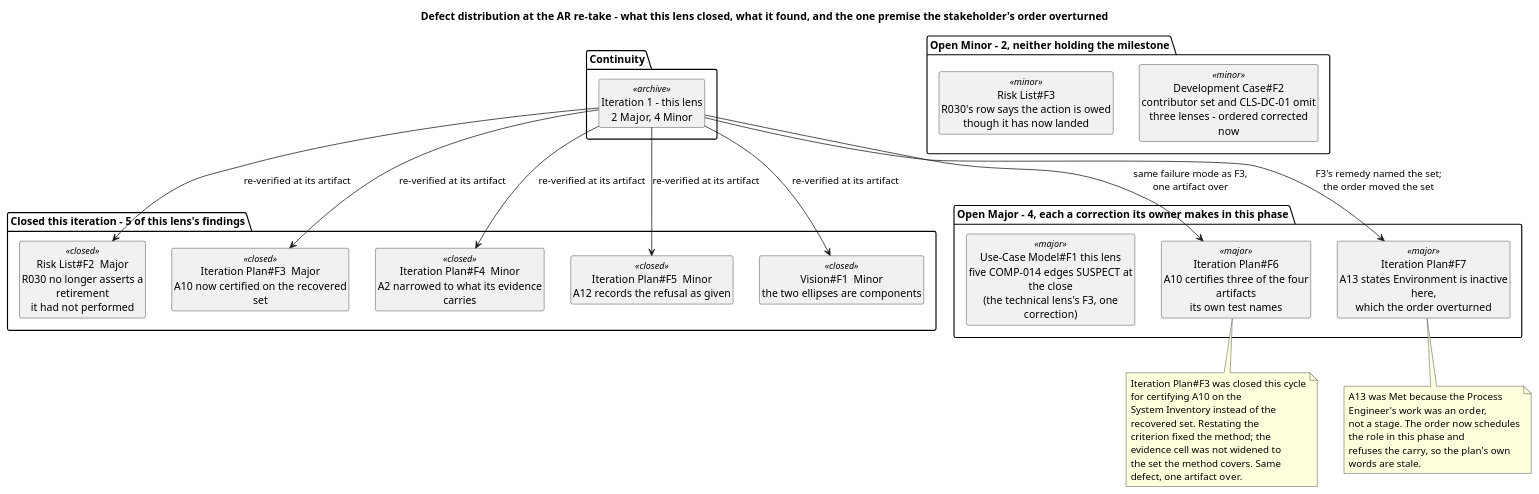
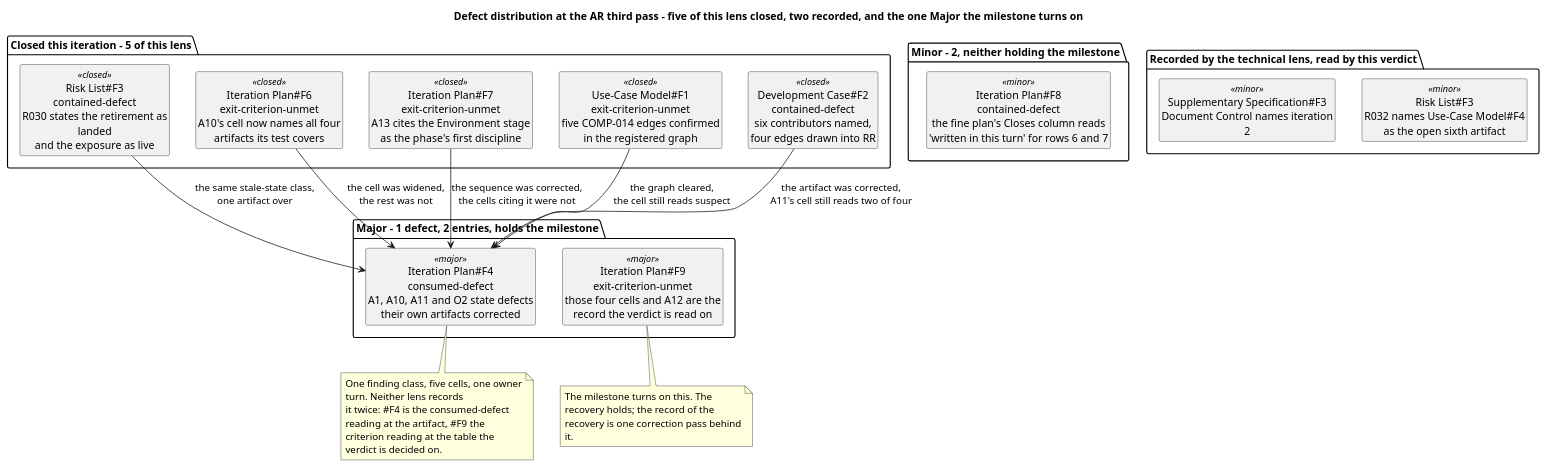
Before and after one commit to banense-test/TodoApp: the fifth of 11 diagrams in docs/artifacts/project-management/review-record.md, drawn with PlantUML. The commit also changed other lines of this file, not shown here.

First line of the commit message:
Management Reviewer [Excavation3]: upsert Review Record

````diff
--- a/docs/artifacts/project-management/review-record.md
+++ b/docs/artifacts/project-management/review-record.md
@@ -466,54 +485,50 @@
 ```plantuml
 @startuml
-title Defect distribution at the AR re-take - what this lens closed, what it found, and the one premise the stakeholder's order overturned
+title Defect distribution at the AR third pass - five of this lens closed, two recorded, and the one Major the milestone turns on
 
 skinparam shadowing false
 skinparam classAttributeIconSize 0
-skinparam wrapWidth 235
+skinparam wrapWidth 240
 hide circle
 hide empty members
 
-package "Closed this iteration - 5 of this lens's findings" {
-  class "Risk List#F2  Major\nR030 no longer asserts a retirement\nit had not performed" as C1 <<closed>>
-  class "Iteration Plan#F3  Major\nA10 now certified on the recovered set" as C2 <<closed>>
-  class "Iteration Plan#F4  Minor\nA2 narrowed to what its evidence carries" as C3 <<closed>>
-  class "Iteration Plan#F5  Minor\nA12 records the refusal as given" as C4 <<closed>>
-  class "Vision#F1  Minor\nthe two ellipses are components" as C5 <<closed>>
+package "Closed this iteration - 5 of this lens" {
+  class "Risk List#F3\ncontained-defect\nR030 states the retirement as landed\nand the exposure as live" as C1 <<closed>>
+  class "Iteration Plan#F6\nexit-criterion-unmet\nA10's cell now names all four\nartifacts its test covers" as C2 <<closed>>
+  class "Iteration Plan#F7\nexit-criterion-unmet\nA13 cites the Environment stage\nas the phase's first discipline" as C3 <<closed>>
+  class "Use-Case Model#F1\nexit-criterion-unmet\nfive COMP-014 edges confirmed\nin the registered graph" as C4 <<closed>>
+  class "Development Case#F2\ncontained-defect\nsix contributors named,\nfour edges drawn into RR" as C5 <<closed>>
 }
 
-package "Open Major - 4, each a correction its owner makes in this phase" {
-  class "Iteration Plan#F6\nA10 certifies three of the four artifacts\nits own test names" as M1 <<major>>
-  class "Iteration Plan#F7\nA13 states Environment is inactive here,\nwhich the order overturned" as M2 <<major>>
-  class "Use-Case Model#F1 this lens\nfive COMP-014 edges SUSPECT at the close\n(the technical lens's F3, one correction)" as M3 <<major>>
+package "Major - 1 defect, 2 entries, holds the milestone" {
+  class "Iteration Plan#F4\nconsumed-defect\nA1, A10, A11 and O2 state defects\ntheir own artifacts corrected" as M1 <<major>>
+  class "Iteration Plan#F9\nexit-criterion-unmet\nthose four cells and A12 are the\nrecord the verdict is read on" as M2 <<major>>
 }
 
-package "Open Minor - 2, neither holding the milestone" {
-  class "Development Case#F2\ncontributor set and CLS-DC-01 omit\nthree lenses - ordered corrected now" as m1 <<minor>>
-  class "Risk List#F3\nR030's row says the action is owed\nthough it has now landed" as m2 <<minor>>
+package "Minor - 2, neither holding the milestone" {
+  class "Iteration Plan#F8\ncontained-defect\nthe fine plan's Closes column reads\n'written in this turn' for rows 6 and 7" as m1 <<minor>>
 }
 
-package "Continuity" {
-  class "Iteration 1 - this lens\n2 Major, 4 Minor" as I1 <<archive>>
+package "Recorded by the technical lens, read by this verdict" {
+  class "Risk List#F3\nR032 names Use-Case Model#F4\nas the open sixth artifact" as m2 <<minor>>
+  class "Supplementary Specification#F3\nDocument Control names iteration 2" as m3 <<minor>>
 }
 
-I1 --> C1 : re-verified at its artifact
-I1 --> C2 : re-verified at its artifact
-I1 --> C3 : re-verified at its artifact
-I1 --> C4 : re-verified at its artifact
-I1 --> C5 : re-verified at its artifact
-I1 --> M1 : same failure mode as F3,\none artifact over
-I1 --> M2 : F3's remedy named the set;\nthe order moved the set
+C1 --> M1 : the same stale-state class,\none artifact over
+C2 --> M1 : the cell was widened,\nthe rest was not
+C3 --> M1 : the sequence was corrected,\nthe cells citing it were not
+C4 --> M1 : the graph cleared,\nthe cell still reads suspect
+C5 --> M1 : the artifact was corrected,\nA11's cell still reads two of four
 
 note bottom of M1
-  Iteration Plan#F3 was closed this cycle for certifying A10 on the
-  System Inventory instead of the recovered set. Restating the
-  criterion fixed the method; the evidence cell was not widened to
-  the set the method covers. Same defect, one artifact over.
+  One finding class, five cells, one owner turn. Neither lens records
+  it twice: #F4 is the consumed-defect reading at the artifact, #F9 the
+  criterion reading at the table the verdict is decided on.
 end note
 note bottom of M2
-  A13 was Met because the Process Engineer's work was an order,
-  not a stage. The order now schedules the role in this phase and
-  refuses the carry, so the plan's own words are stale.
+  The milestone turns on this. The recovery holds; the record of the
+  recovery is one correction pass behind it.
 end note
+
 @enduml
 ```
````
